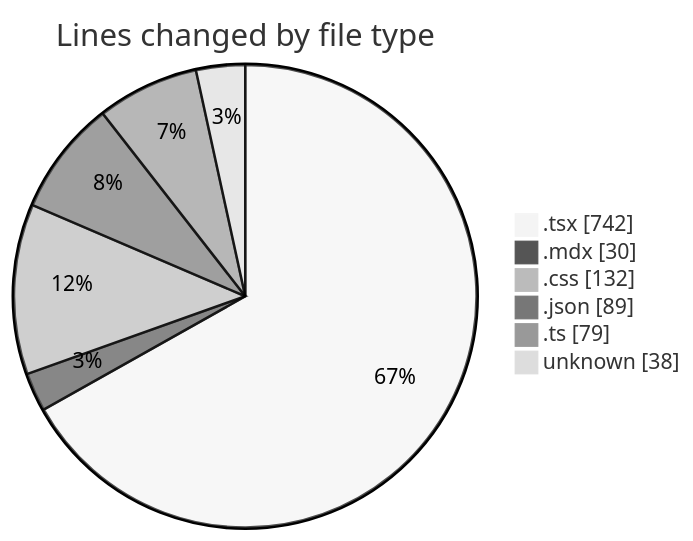
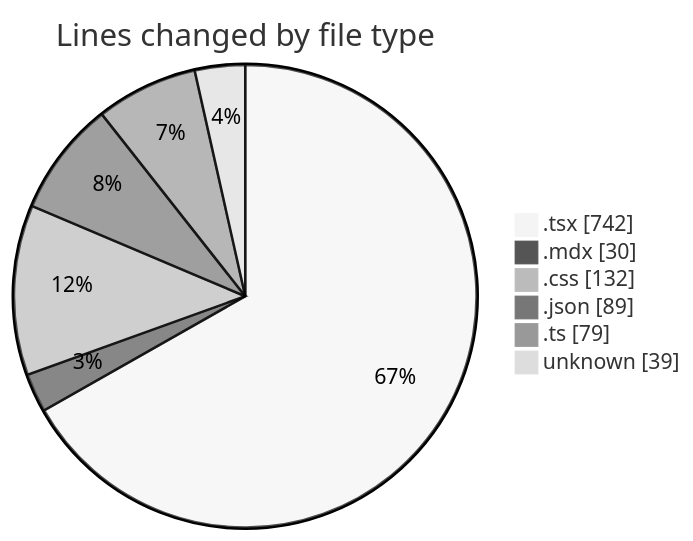
Before and after one commit to Elitesun/code-tracking: the first of 2 diagrams in 2025-05-12/elitesun/README.md, drawn with Mermaid (neutral theme). The commit also changed other lines of this file and 1 other file, not shown here.

````diff
--- a/2025-05-12/elitesun/README.md
+++ b/2025-05-12/elitesun/README.md
@@ -31,10 +31,10 @@
 ```mermaid
 pie showData
 title Lines changed by file type
 ".tsx" : 742
 ".mdx" : 30
 ".css" : 132
 ".json" : 89
 ".ts" : 79
-"unknown" : 38
+"unknown" : 39
 ```
````
